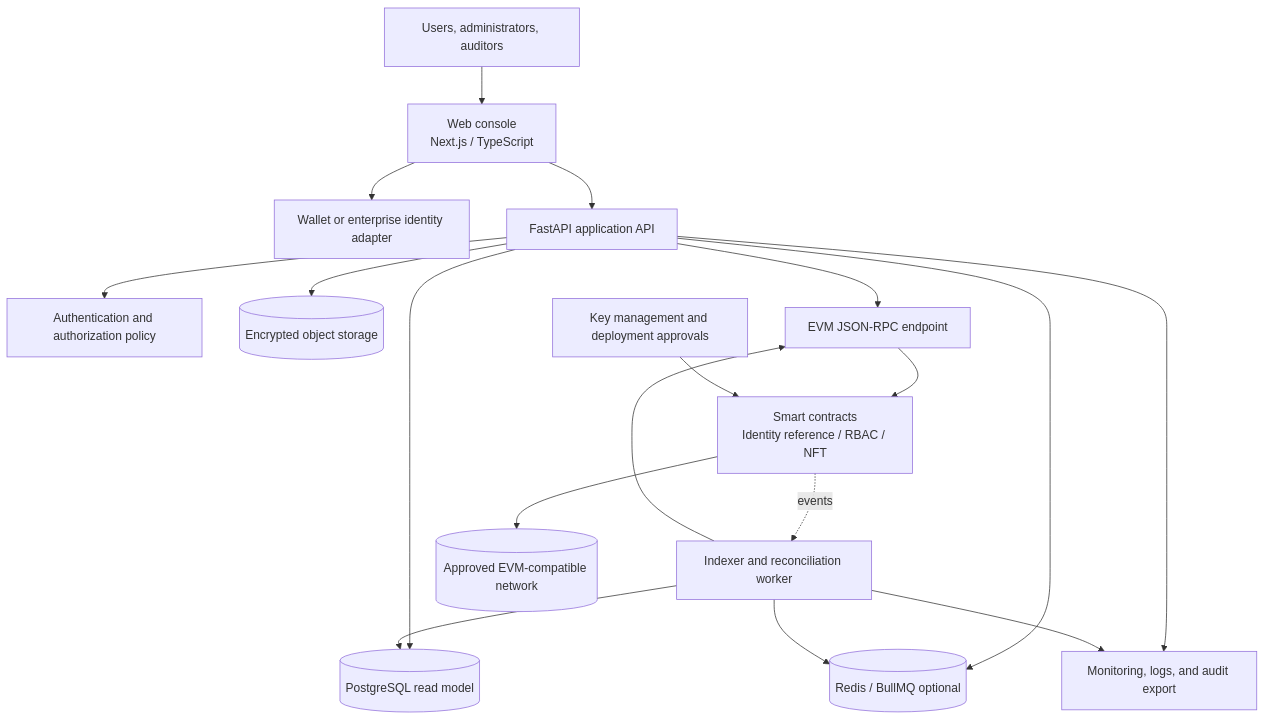
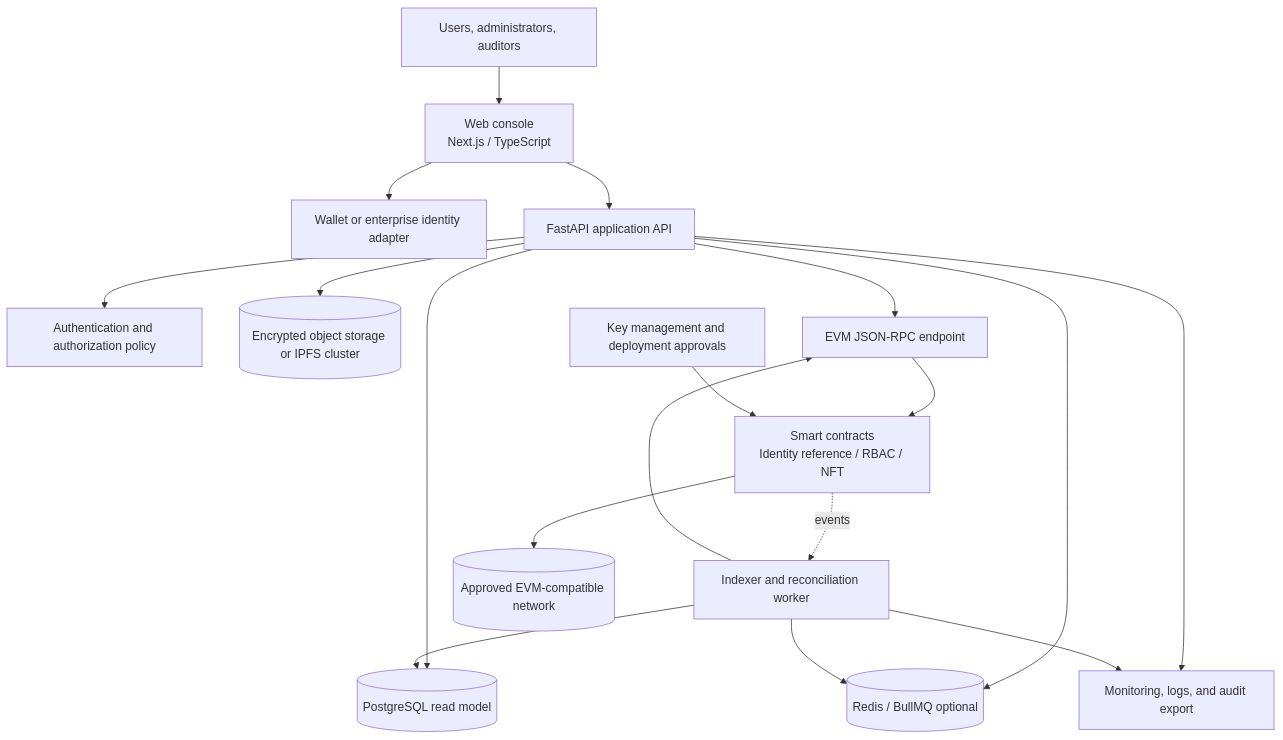
Before and after one commit to P-Shashe-Preetham/Block-chain: the first of 2 diagrams in ARCHITECTURE.md, drawn with Mermaid. The commit also changed other lines of this file and 2 other files, not shown here.

````diff
--- a/ARCHITECTURE.md
+++ b/ARCHITECTURE.md
@@ -22,35 +22,35 @@
 ```mermaid
 flowchart TB
     Actor[Users, administrators, auditors]
     UI[Web console\nNext.js / TypeScript]
     Wallet[Wallet or enterprise identity adapter]
     API[FastAPI application API]
     Auth[Authentication and authorization policy]
     Indexer[Indexer and reconciliation worker]
     DB[(PostgreSQL read model)]
-    Store[(Encrypted object storage)]
+    Store[(Encrypted object storage or IPFS cluster)]
     Queue[(Redis / BullMQ optional)]
     RPC[EVM JSON-RPC endpoint]
     Contracts[Smart contracts\nIdentity reference / RBAC / NFT]
     Chain[(Approved EVM-compatible network)]
     KMS[Key management and deployment approvals]
     Audit[Monitoring, logs, and audit export]
 
     Actor --> UI
     UI --> Wallet
     UI --> API
     API --> Auth
     API --> RPC
     API --> DB
     API --> Store
     API --> Queue
     Indexer --> RPC
     Indexer --> DB
     Indexer --> Queue
     RPC --> Contracts
     Contracts --> Chain
     KMS --> Contracts
     Contracts -. events .-> Indexer
     API --> Audit
     Indexer --> Audit
 ```
````
